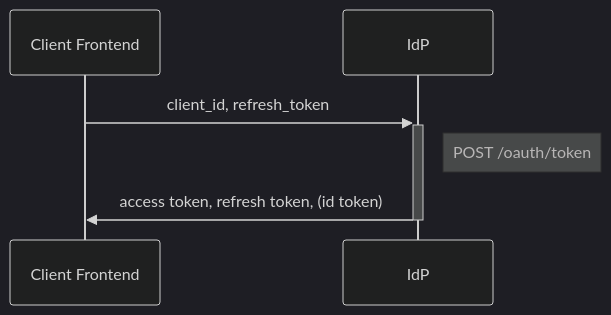
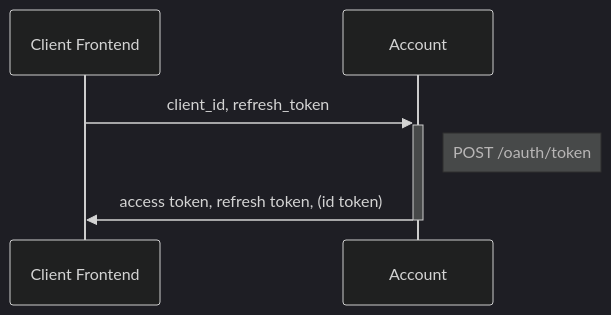
The second of 3 diagrams in README.md (gsainfoteam/idp-be), drawn with Mermaid (dark theme) before and after one commit. The commit also changed other lines of this file and 14 other files, not shown here.

````diff
--- a/README.md
+++ b/README.md
@@ -75,10 +75,10 @@
 ```mermaid
 sequenceDiagram
 participant ClientFe as Client Frontend
-participant IdP
+participant Account
 
-ClientFe ->>+ IdP: client_id, refresh_token
-note right of IdP: POST /oauth/token
+ClientFe ->>+ Account: client_id, refresh_token
+note right of Account: POST /oauth/token
 
-IdP ->>- ClientFe: access token, refresh token, (id token)
+Account ->>- ClientFe: access token, refresh token, (id token)
 ```
````
